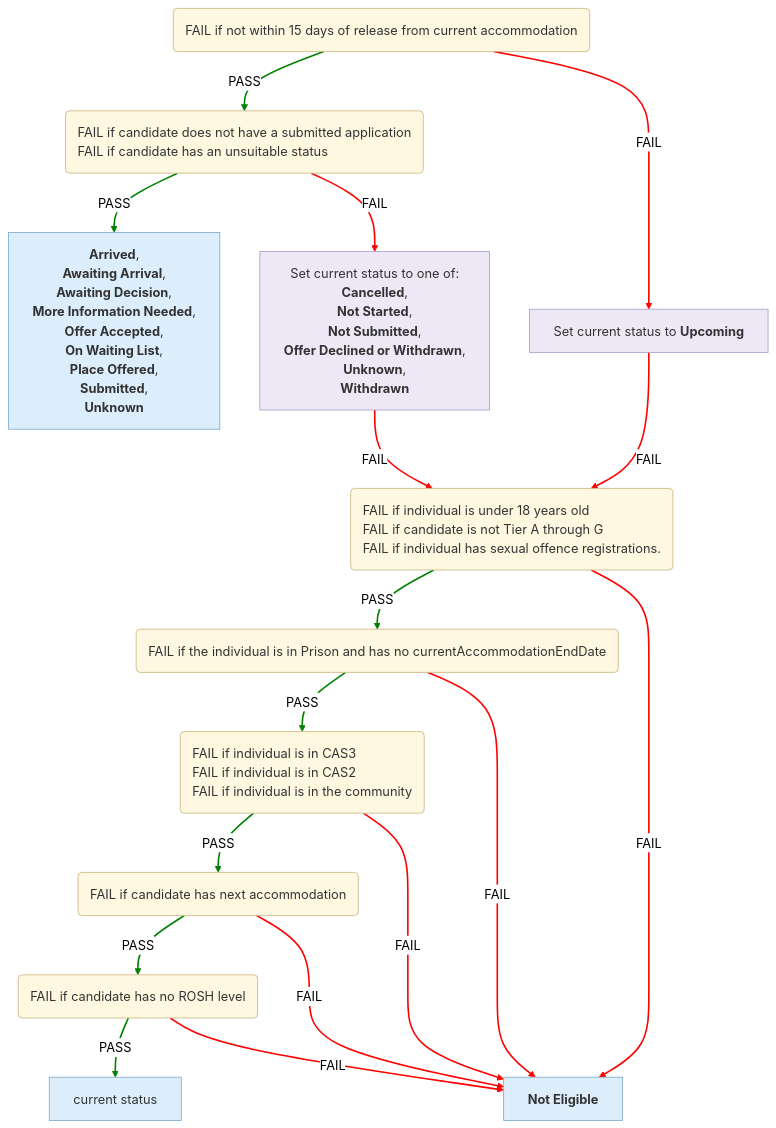
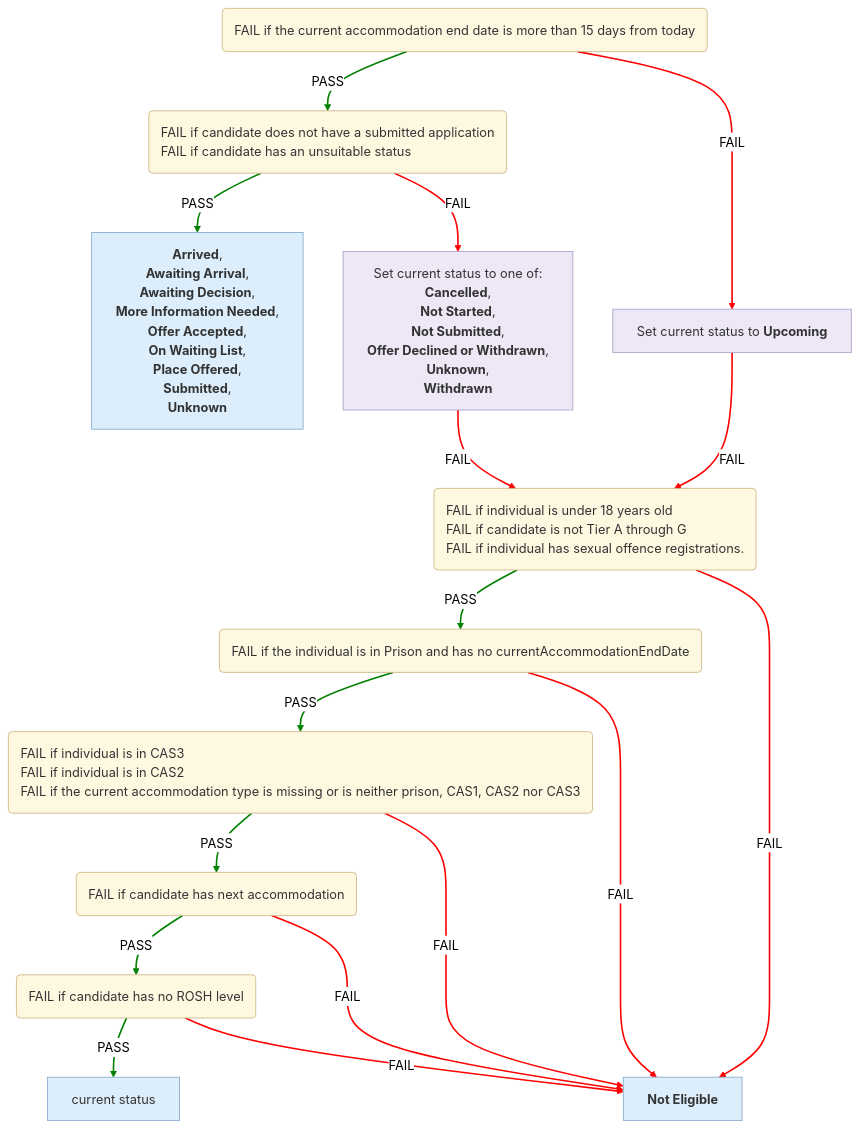
One commit to ministryofjustice/hmpps-single-accommodation-service-api changed the second of 6 diagrams in docs/eligibility-rules-graph.md. Above: the diagram before and after it, drawn with Mermaid (neutral theme). The commit also changed other lines of this file and 22 other files, not shown here.

Commit message:
chore/SAS-1544-Make-language-more-natural-for-Fail-descriptions

````diff
--- a/docs/eligibility-rules-graph.md
+++ b/docs/eligibility-rules-graph.md
@@ -135,59 +135,59 @@
 ```mermaid
 %%{init: {"flowchart": {"wrappingWidth": 800}}}%%
 flowchart TD
-  Upcoming("<div style='text-align:left'>FAIL if not within 15 days of release from current accommodation</div>")
+  Upcoming("<div style='text-align:left'>FAIL if the current accommodation end date is more than 15 days from today</div>")
   Suitability("<div style='text-align:left'>FAIL if candidate does not have a submitted application
 FAIL if candidate has an unsuitable status</div>")
   outcome_Cas2CompletionContextUpdater["<b>Arrived</b>,
  <b>Awaiting Arrival</b>,
  <b>Awaiting Decision</b>,
  <b>More Information Needed</b>,
  <b>Offer Accepted</b>,
  <b>On Waiting List</b>,
  <b>Place Offered</b>,
  <b>Submitted</b>,
  <b>Unknown</b>"]
   updater_Cas2SuitabilityContextUpdater["Set current status to one of:
 <b>Cancelled</b>,
  <b>Not Started</b>,
  <b>Not Submitted</b>,
  <b>Offer Declined or Withdrawn</b>,
  <b>Unknown</b>,
  <b>Withdrawn</b>"]
   Eligibility_Person("<div style='text-align:left'>FAIL if individual is under 18 years old
 FAIL if candidate is not Tier A through G
 FAIL if individual has sexual offence registrations.</div>")
   Eligibility_Release_Date("<div style='text-align:left'>FAIL if the individual is in Prison and has no currentAccommodationEndDate</div>")
   Eligibility_Current_Accommodation("<div style='text-align:left'>FAIL if individual is in CAS3
 FAIL if individual is in CAS2
-FAIL if individual is in the community</div>")
+FAIL if the current accommodation type is missing or is neither prison, CAS1, CAS2 nor CAS3</div>")
   Eligibility_Next_Accommodation("<div style='text-align:left'>FAIL if candidate has next accommodation</div>")
   Eligibility_Rosh("<div style='text-align:left'>FAIL if candidate has no ROSH level</div>")
   confirmed["current status"]
   CAS2_NOT_ELIGIBLE["<b>Not Eligible</b>"]
   updater_Cas2UpcomingContextUpdater["Set current status to <b>Upcoming</b>"]
   Suitability -->|PASS| outcome_Cas2CompletionContextUpdater
   Suitability -->|FAIL| updater_Cas2SuitabilityContextUpdater
   Eligibility_Rosh -->|PASS| confirmed
   Eligibility_Rosh -->|FAIL| CAS2_NOT_ELIGIBLE
   Eligibility_Next_Accommodation -->|PASS| Eligibility_Rosh
   Eligibility_Next_Accommodation -->|FAIL| CAS2_NOT_ELIGIBLE
   Eligibility_Current_Accommodation -->|PASS| Eligibility_Next_Accommodation
   Eligibility_Current_Accommodation -->|FAIL| CAS2_NOT_ELIGIBLE
   Eligibility_Release_Date -->|PASS| Eligibility_Current_Accommodation
   Eligibility_Release_Date -->|FAIL| CAS2_NOT_ELIGIBLE
   Eligibility_Person -->|PASS| Eligibility_Release_Date
   Eligibility_Person -->|FAIL| CAS2_NOT_ELIGIBLE
   updater_Cas2SuitabilityContextUpdater -->|FAIL| Eligibility_Person
   Upcoming -->|PASS| Suitability
   Upcoming -->|FAIL| updater_Cas2UpcomingContextUpdater
   updater_Cas2UpcomingContextUpdater -->|FAIL| Eligibility_Person
   linkStyle 0,2,4,6,8,10,13 stroke:green,stroke-width:2px
   linkStyle 1,3,5,7,9,11,12,14,15 stroke:red,stroke-width:2px
   classDef ruleSetNode fill:#FFF8E1,stroke:#C9B37E,color:#333
   classDef outcomeNode fill:#DCEEFB,stroke:#7FA7C9,color:#333
   classDef updaterNode fill:#EDE7F6,stroke:#A99BC9,color:#333
   class Upcoming,Suitability,Eligibility_Person,Eligibility_Release_Date,Eligibility_Current_Accommodation,Eligibility_Next_Accommodation,Eligibility_Rosh ruleSetNode
   class outcome_Cas2CompletionContextUpdater,confirmed,CAS2_NOT_ELIGIBLE outcomeNode
   class updater_Cas2SuitabilityContextUpdater,updater_Cas2UpcomingContextUpdater updaterNode
 ```
````
